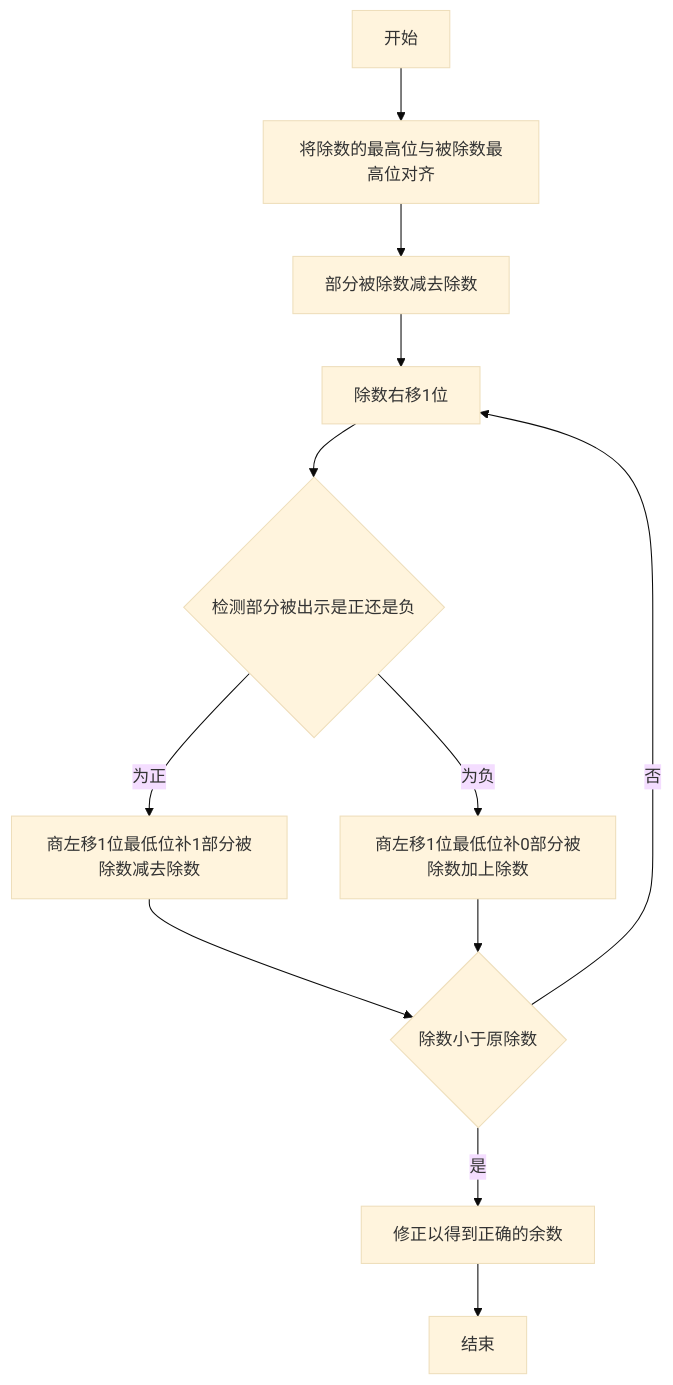
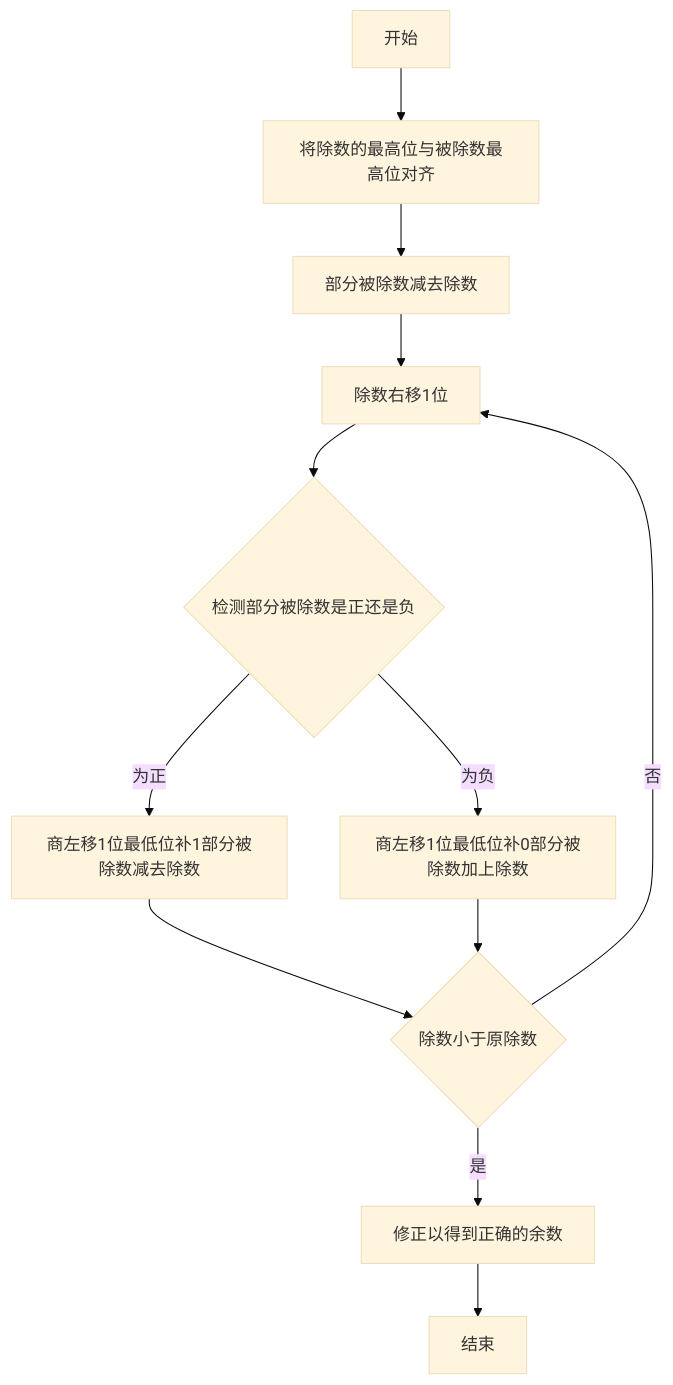
Before and after one commit to Tavi3h/_MarkdownNotes: the third of 4 diagrams in Computer Organization and Architecture/Computer Organization and Architecture.md, drawn with Mermaid (base theme). The commit also changed other lines of this file, not shown here.

````diff
--- a/Computer Organization and Architecture/Computer Organization and Architecture.md
+++ b/Computer Organization and Architecture/Computer Organization and Architecture.md
@@ -754,14 +750,14 @@
 ```mermaid
 graph TD
 A[开始]-->B[将除数的最高位与被除数最高位对齐]
 B-->C[部分被除数减去除数]
 C-->D[除数右移1位]
-D-->condition1{检测部分被出示是正还是负}
+D-->condition1{检测部分被除数是正还是负}
 condition1-->|为正|E[商左移1位最低位补1部分被除数减去除数]
 condition1-->|为负|F[商左移1位最低位补0部分被除数加上除数]
 E-->condition2{除数小于原除数}
 F-->condition2
 condition2-->|是|G[修正以得到正确的余数]
 condition2-->|否|D
 G-->H[结束]
 ```
````
